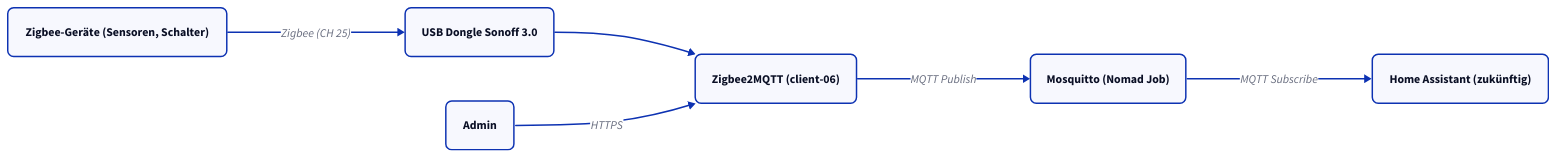
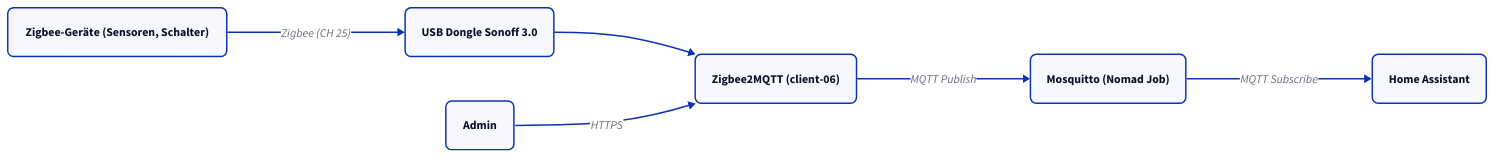
One commit to derever-labs/homelab-wiki changed the diagram in docs/iot-stack/index.md. Above: the diagram before and after it, drawn with D2. The commit also changed other lines of this file and 4 other files, not shown here.

````diff
--- a/docs/iot-stack/index.md
+++ b/docs/iot-stack/index.md
@@ -31,16 +29,16 @@
 ```d2
 direction: right
 
 ZD: "Zigbee-Geräte (Sensoren, Schalter)" { style.border-radius: 8 }
 USB: "USB Dongle Sonoff 3.0" { style.border-radius: 8 }
 Z2M: "Zigbee2MQTT (client-06)" { style.border-radius: 8 }
 MQ: "Mosquitto (Nomad Job)" { style.border-radius: 8 }
-HA: "Home Assistant (zukünftig)" { style.border-radius: 8 }
+HA: "Home Assistant" { style.border-radius: 8 }
 Admin: Admin { style.border-radius: 8 }
 
 ZD -> USB: "Zigbee (CH 25)"
 USB -> Z2M
 Z2M -> MQ: MQTT Publish
 MQ -> HA: MQTT Subscribe
 Admin -> Z2M: HTTPS
 ```
````
